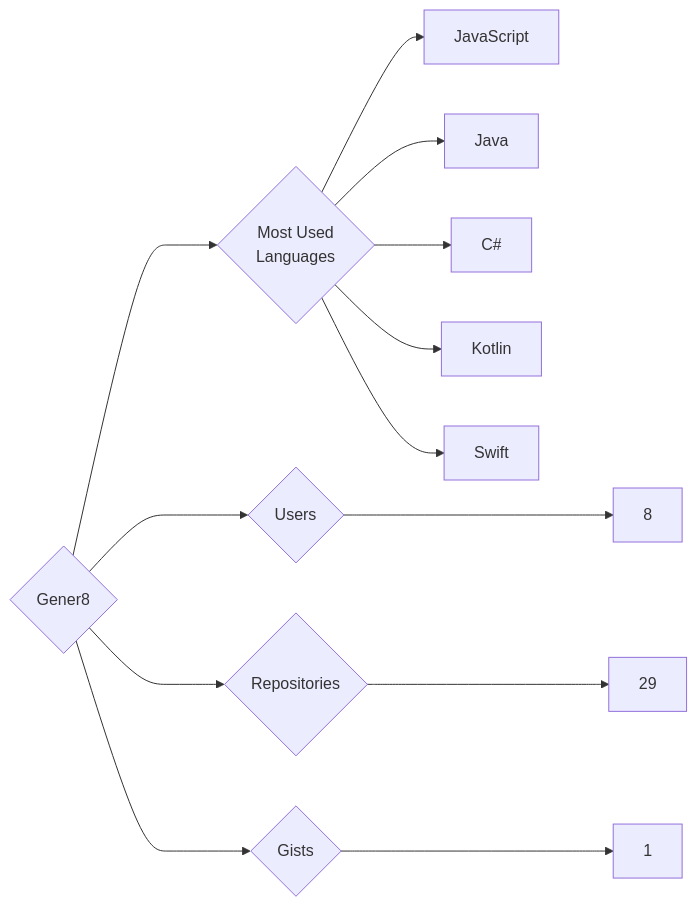
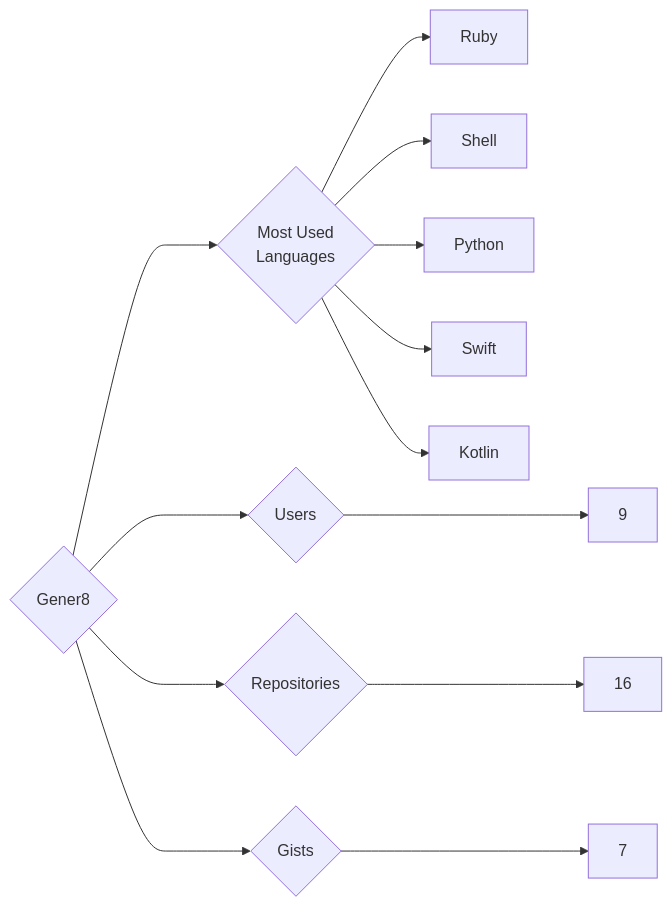
The diagram in targets/Gener8/README.md (trickest/insiders), drawn with Mermaid before and after one commit. The commit also changed 681 other files, not shown here.

````diff
--- a/targets/Gener8/README.md
+++ b/targets/Gener8/README.md
@@ -3,13 +3,13 @@
 ```mermaid
 graph LR
 COMPANY_NAME{Gener8}
-COMPANY_NAME ---> U{Users} ---> UN[8]
-COMPANY_NAME ---> R{Repositories} ---> RN[29]
-COMPANY_NAME ---> G{Gists} ---> GN[1]
+COMPANY_NAME ---> U{Users} ---> UN[9]
+COMPANY_NAME ---> R{Repositories} ---> RN[16]
+COMPANY_NAME ---> G{Gists} ---> GN[7]
 COMPANY_NAME ---> ML{Most Used<br>Languages}
-ML --> JavaScript[JavaScript]
-ML --> Java[Java]
-ML --> C#[C#]
+ML --> Ruby[Ruby]
+ML --> Shell[Shell]
+ML --> Python[Python]
+ML --> Swift[Swift]
 ML --> Kotlin[Kotlin]
-ML --> Swift[Swift]
 ```
````
